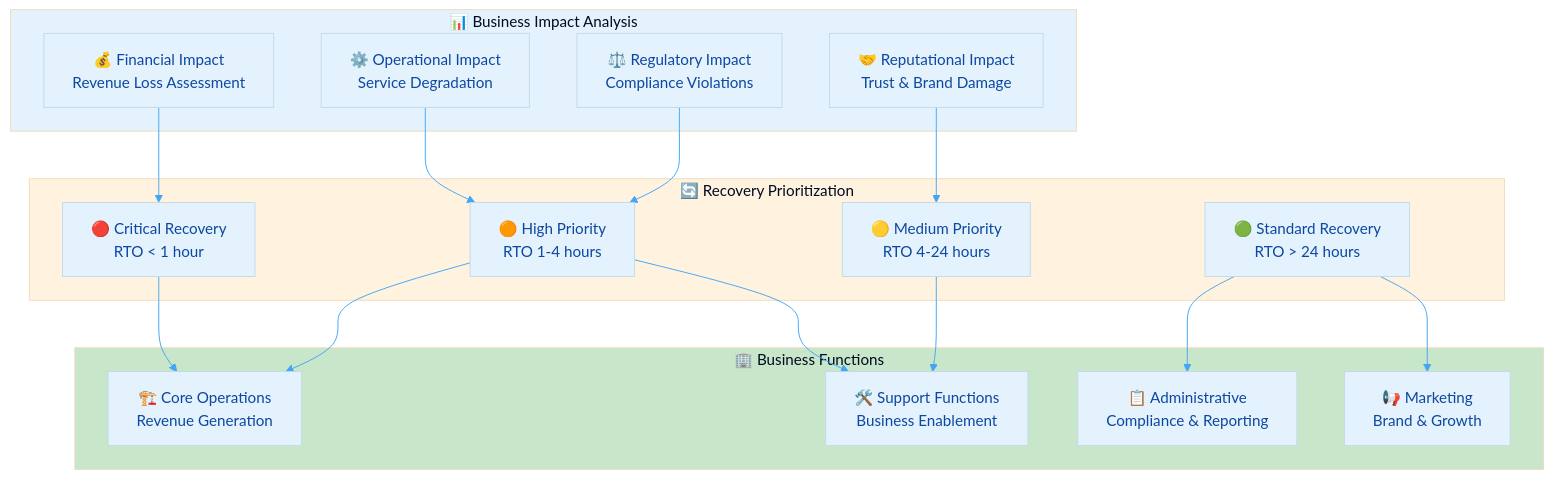
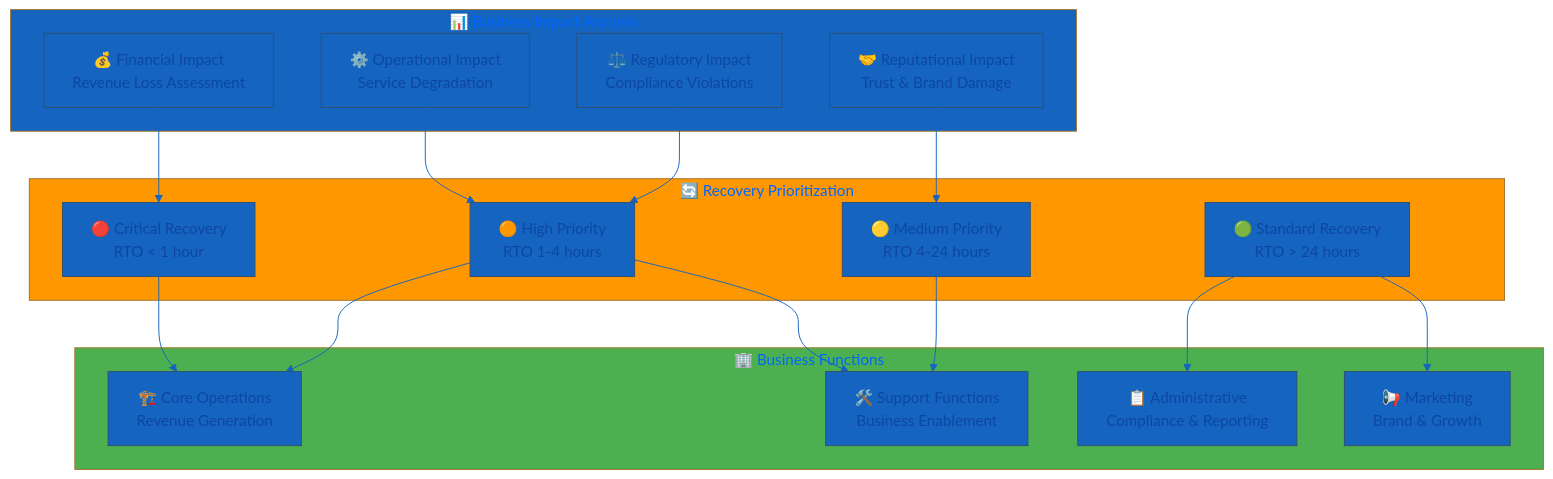
The first of 2 diagrams in Business_Continuity_Plan.md (Hack23/ISMS-PUBLIC), drawn with Mermaid before and after one commit. The commit also changed other lines of this file and 35 other files, not shown here.

````diff
--- a/Business_Continuity_Plan.md
+++ b/Business_Continuity_Plan.md
@@ -40,51 +40,51 @@
 ```mermaid
 %%{
   init: {
     'theme': 'base',
     'themeVariables': {
-      'primaryColor': '#e3f2fd',
+      'primaryColor': '#1565C0',
       'primaryTextColor': '#0d47a1',
-      'lineColor': '#42a5f5',
-      'secondaryColor': '#c8e6c9',
-      'tertiaryColor': '#fff3e0'
+      'lineColor': '#1565C0',
+      'secondaryColor': '#4CAF50',
+      'tertiaryColor': '#FF9800'
     }
   }
 }%%
 graph TB
     subgraph BIA["📊 Business Impact Analysis"]
         FINANCIAL[💰 Financial Impact<br/>Revenue Loss Assessment]
         OPERATIONAL[⚙️ Operational Impact<br/>Service Degradation]
         REPUTATIONAL[🤝 Reputational Impact<br/>Trust & Brand Damage]
         REGULATORY[⚖️ Regulatory Impact<br/>Compliance Violations]
     end
     
     subgraph RECOVERY["🔄 Recovery Prioritization"]
         CRITICAL[🔴 Critical Recovery<br/>RTO < 1 hour]
         HIGH[🟠 High Priority<br/>RTO 1-4 hours]
         MEDIUM[🟡 Medium Priority<br/>RTO 4-24 hours]
         STANDARD[🟢 Standard Recovery<br/>RTO > 24 hours]
     end
     
     subgraph BUSINESS["🏢 Business Functions"]
         CORE[🏗️ Core Operations<br/>Revenue Generation]
         SUPPORT[🛠️ Support Functions<br/>Business Enablement]
         ADMIN[📋 Administrative<br/>Compliance & Reporting]
         MARKETING[📢 Marketing<br/>Brand & Growth]
     end
     
     FINANCIAL --> CRITICAL
     OPERATIONAL --> HIGH
     REPUTATIONAL --> MEDIUM
     REGULATORY --> HIGH
     
     CRITICAL --> CORE
     HIGH --> CORE
     HIGH --> SUPPORT
     MEDIUM --> SUPPORT
     STANDARD --> ADMIN
     STANDARD --> MARKETING
     
-    style BIA fill:#e3f2fd
-    style RECOVERY fill:#fff3e0
-    style BUSINESS fill:#c8e6c9
+    style BIA fill:#1565C0
+    style RECOVERY fill:#FF9800
+    style BUSINESS fill:#4CAF50
 ```
````
